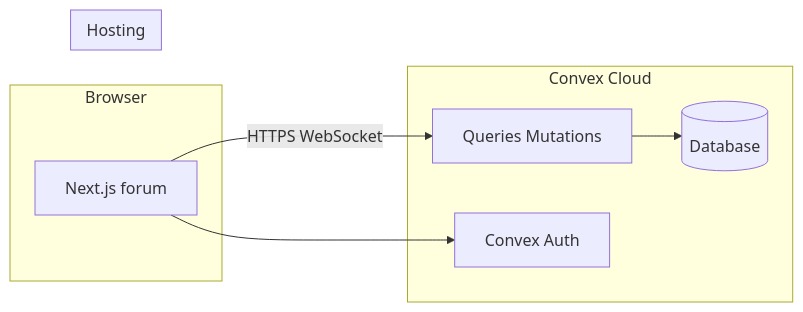
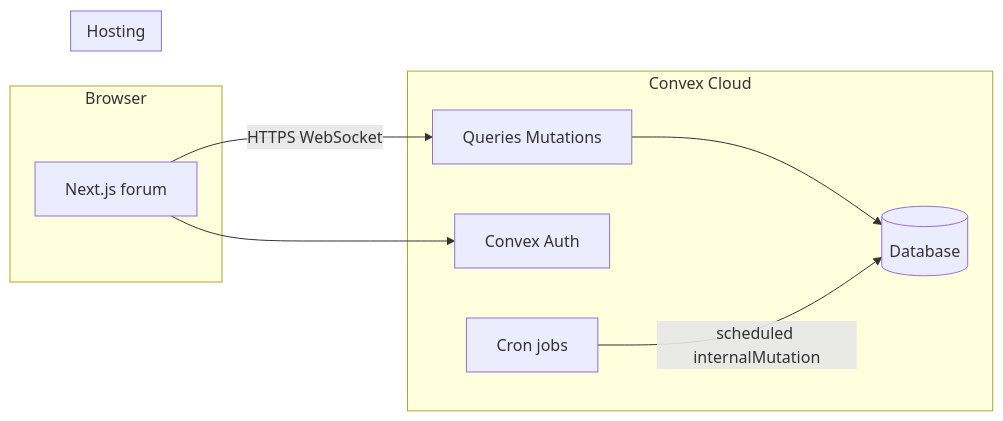
One commit to contactcreateconomy/CEMVP changed the diagram in docs/architecture.md. Above: the diagram before and after it, drawn with Mermaid. The commit also changed other lines of this file and 12 other files, not shown here.

````diff
--- a/docs/architecture.md
+++ b/docs/architecture.md
@@ -7,17 +7,19 @@
 ```mermaid
 flowchart LR
   subgraph client [Browser]
     Next[Next.js forum]
   end
   subgraph vercel [Hosting]
     Next
   end
   subgraph convex [Convex Cloud]
     DB[(Database)]
     Fn[Queries Mutations]
     Auth[Convex Auth]
+    Cr[Cron jobs]
   end
   Next -->|HTTPS WebSocket| Fn
   Next --> Auth
   Fn --> DB
+  Cr -->|scheduled internalMutation| DB
 ```
````
